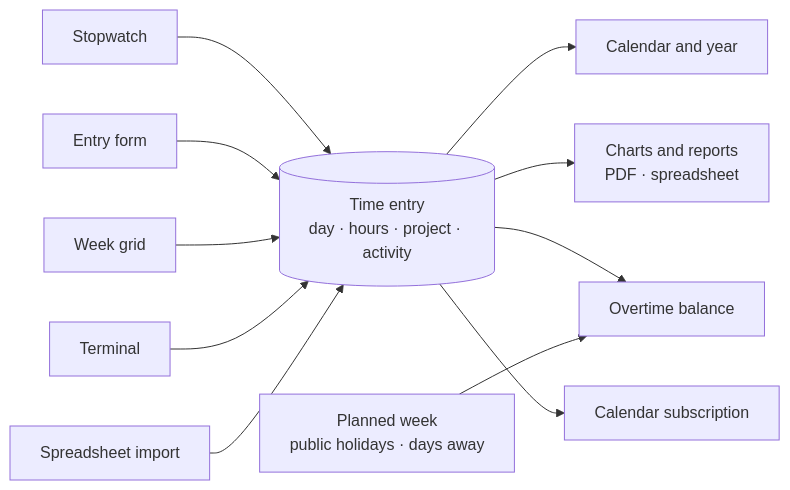
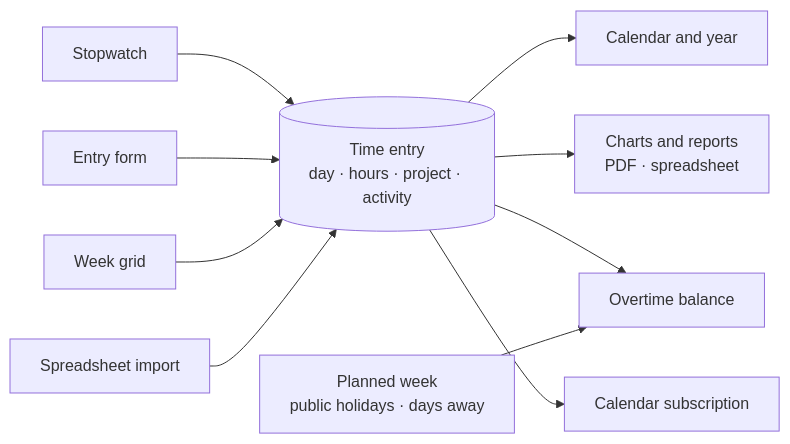
The second of 3 diagrams in README.md (dennis-dko/go-ticket-system), drawn with Mermaid before and after one commit. The commit also changed other lines of this file and 106 other files, not shown here.

````diff
--- a/README.md
+++ b/README.md
@@ -176,14 +173,13 @@
 ```mermaid
 flowchart LR
     stopwatch["Stopwatch"] --> entry
     form["Entry form"] --> entry
     grid["Week grid"] --> entry
-    terminal["Terminal"] --> entry
     workbook["Spreadsheet import"] --> entry
     entry[("Time entry<br/>day · hours · project · activity")]
     entry --> calendar["Calendar and year"]
     entry --> figures["Charts and reports<br/>PDF · spreadsheet"]
     entry --> balance["Overtime balance"]
     entry --> feed["Calendar subscription"]
     plan["Planned week<br/>public holidays · days away"] --> balance
 ```
````
